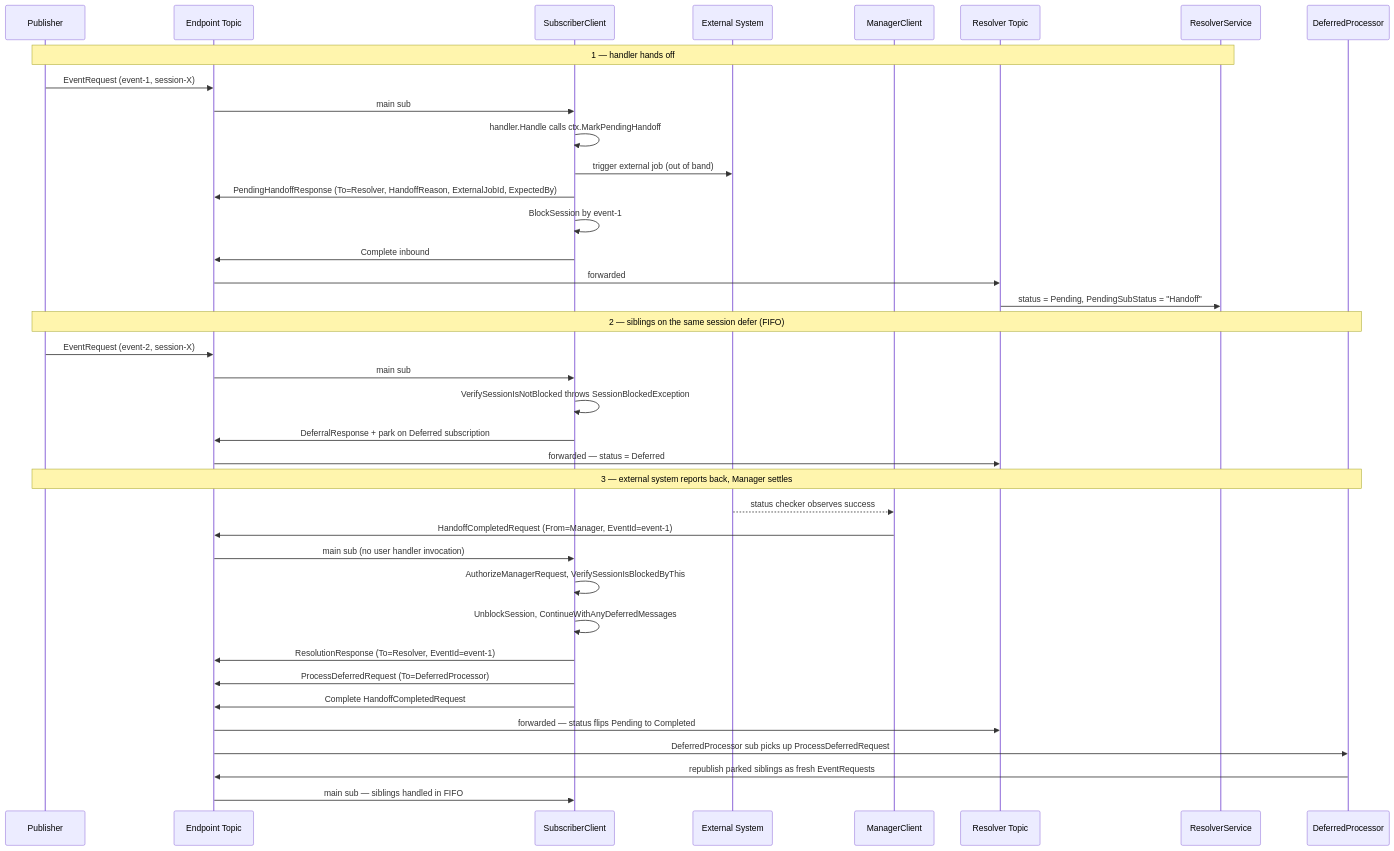
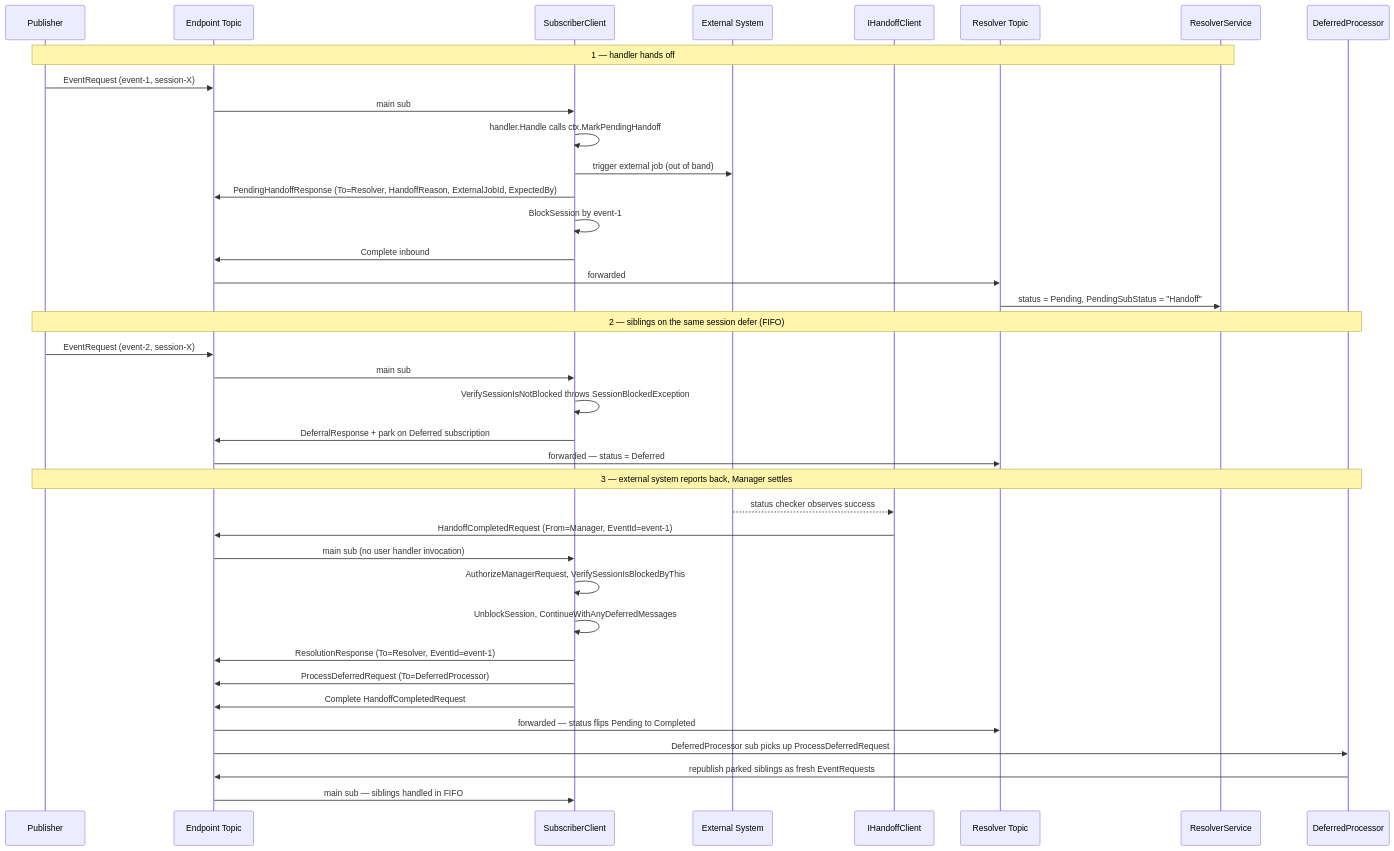
Diagram 14 of 14 in docs/message-flows.md (akakaule/NimBus), drawn with Mermaid before and after one commit. The commit also changed other lines of this file and 7 other files, not shown here.

````diff
--- a/docs/message-flows.md
+++ b/docs/message-flows.md
@@ -351,43 +351,43 @@
 ```mermaid
 sequenceDiagram
     participant Pub as Publisher
     participant Ep as Endpoint Topic
     participant Sub as SubscriberClient
     participant Ext as External System
-    participant Mgr as ManagerClient
+    participant Mgr as IHandoffClient
     participant Res as Resolver Topic
     participant Svc as ResolverService
     participant DefProc as DeferredProcessor
 
     Note over Pub,Svc: 1 — handler hands off
     Pub->>Ep: EventRequest (event-1, session-X)
     Ep->>Sub: main sub
     Sub->>Sub: handler.Handle calls ctx.MarkPendingHandoff
     Sub->>Ext: trigger external job (out of band)
     Sub->>Ep: PendingHandoffResponse (To=Resolver, HandoffReason, ExternalJobId, ExpectedBy)
     Sub->>Sub: BlockSession by event-1
     Sub->>Ep: Complete inbound
     Ep->>Res: forwarded
     Res->>Svc: status = Pending, PendingSubStatus = "Handoff"
 
     Note over Pub,DefProc: 2 — siblings on the same session defer (FIFO)
     Pub->>Ep: EventRequest (event-2, session-X)
     Ep->>Sub: main sub
     Sub->>Sub: VerifySessionIsNotBlocked throws SessionBlockedException
     Sub->>Ep: DeferralResponse + park on Deferred subscription
     Ep->>Res: forwarded — status = Deferred
 
     Note over Pub,DefProc: 3 — external system reports back, Manager settles
     Ext-->>Mgr: status checker observes success
     Mgr->>Ep: HandoffCompletedRequest (From=Manager, EventId=event-1)
     Ep->>Sub: main sub (no user handler invocation)
     Sub->>Sub: AuthorizeManagerRequest, VerifySessionIsBlockedByThis
     Sub->>Sub: UnblockSession, ContinueWithAnyDeferredMessages
     Sub->>Ep: ResolutionResponse (To=Resolver, EventId=event-1)
     Sub->>Ep: ProcessDeferredRequest (To=DeferredProcessor)
     Sub->>Ep: Complete HandoffCompletedRequest
     Ep->>Res: forwarded — status flips Pending to Completed
     Ep->>DefProc: DeferredProcessor sub picks up ProcessDeferredRequest
     DefProc->>Ep: republish parked siblings as fresh EventRequests
     Ep->>Sub: main sub — siblings handled in FIFO
 ```
````
